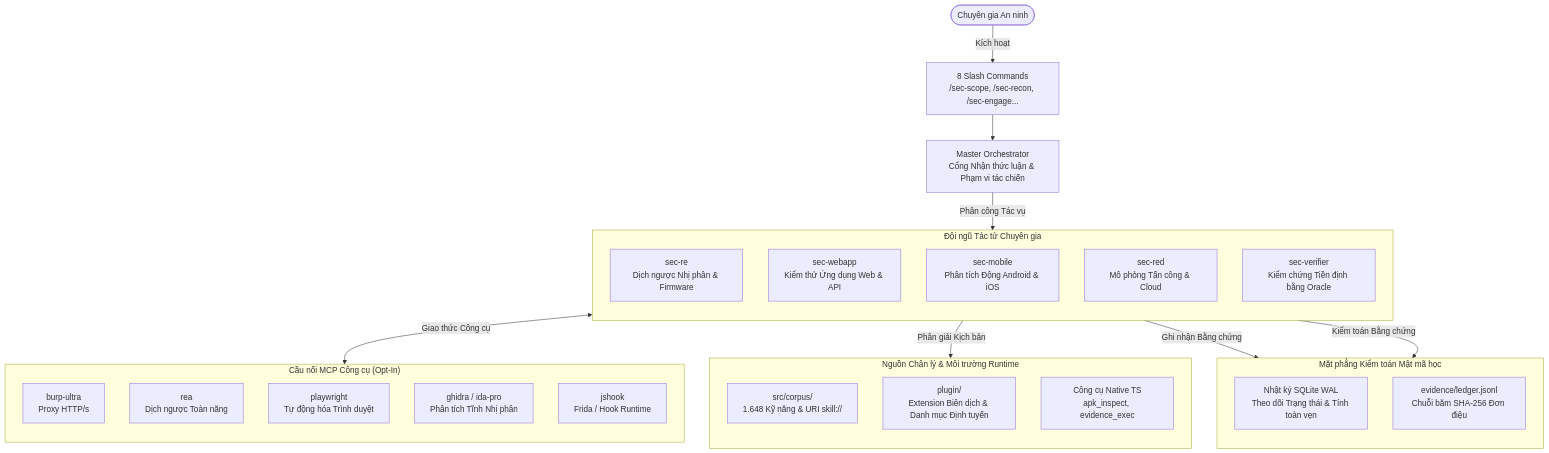
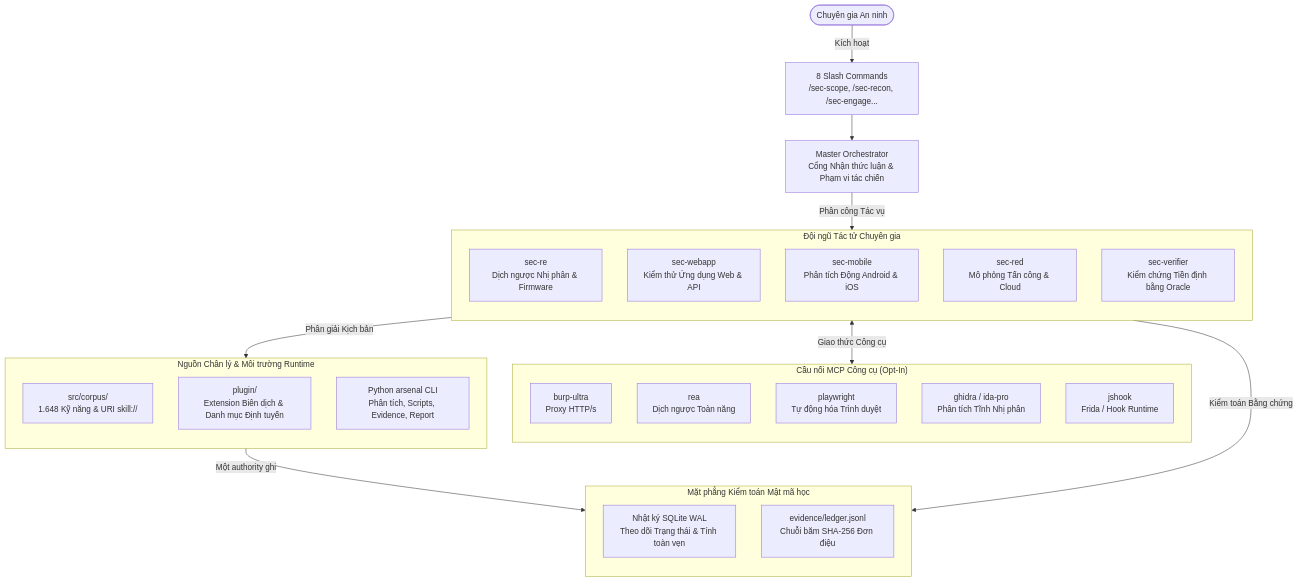
The diagram in README.vi.md (bitbytelabio/arsenal), drawn with Mermaid before and after one commit. The commit also changed other lines of this file and 1498 other files, not shown here.

First line of the commit message:
feat(cli): migrate operational tooling, evidence, and scripts to Python package

````diff
--- a/README.vi.md
+++ b/README.vi.md
@@ -39,45 +39,45 @@
 ```mermaid
 flowchart TD
     Op([Chuyên gia An ninh]) -->|Kích hoạt| Cmd["8 Slash Commands<br/>/sec-scope, /sec-recon, /sec-engage..."]
     Cmd --> Orchestrator["Master Orchestrator<br/>Cổng Nhận thức luận & Phạm vi tác chiến"]
 
     subgraph Specialists ["Đội ngũ Tác tử Chuyên gia"]
         direction TB
         RE["sec-re<br/>Dịch ngược Nhị phân & Firmware"]
         WA["sec-webapp<br/>Kiểm thử Ứng dụng Web & API"]
         MO["sec-mobile<br/>Phân tích Động Android & iOS"]
         RT["sec-red<br/>Mô phỏng Tấn công & Cloud"]
         VE["sec-verifier<br/>Kiểm chứng Tiền định bằng Oracle"]
     end
 
     Orchestrator -->|Phân công Tác vụ| Specialists
 
     subgraph Bridges ["Cầu nối MCP Công cụ (Opt-In)"]
         direction TB
         B1["burp-ultra<br/>Proxy HTTP/s"]
         B2["rea<br/>Dịch ngược Toàn năng"]
         B3["playwright<br/>Tự động hóa Trình duyệt"]
         B4["ghidra / ida-pro<br/>Phân tích Tĩnh Nhị phân"]
         B5["jshook<br/>Frida / Hook Runtime"]
     end
 
     Specialists <-->|Giao thức Công cụ| Bridges
 
     subgraph CoreEngine ["Nguồn Chân lý & Môi trường Runtime"]
         direction TB
         Corpus["src/corpus/<br/>1.648 Kỹ năng & URI skill://"]
         PluginDist["plugin/<br/>Extension Biên dịch & Danh mục Định tuyến"]
-        NativeTools["Công cụ Native TS<br/>apk_inspect, evidence_exec"]
+        NativeTools["Python arsenal CLI<br/>Phân tích, Scripts, Evidence, Report"]
     end
 
     Specialists -->|Phân giải Kịch bản| CoreEngine
 
     subgraph EvidenceLedger ["Mặt phẳng Kiểm toán Mật mã học"]
         direction TB
         Journal["Nhật ký SQLite WAL<br/>Theo dõi Trạng thái & Tính toàn vẹn"]
         Ledger["evidence/ledger.jsonl<br/>Chuỗi băm SHA-256 Đơn điệu"]
     end
 
-    Specialists -->|Ghi nhận Bằng chứng| EvidenceLedger
+    NativeTools -->|Một authority ghi| EvidenceLedger
     VE -->|Kiểm toán Bằng chứng| EvidenceLedger
 ```
````
